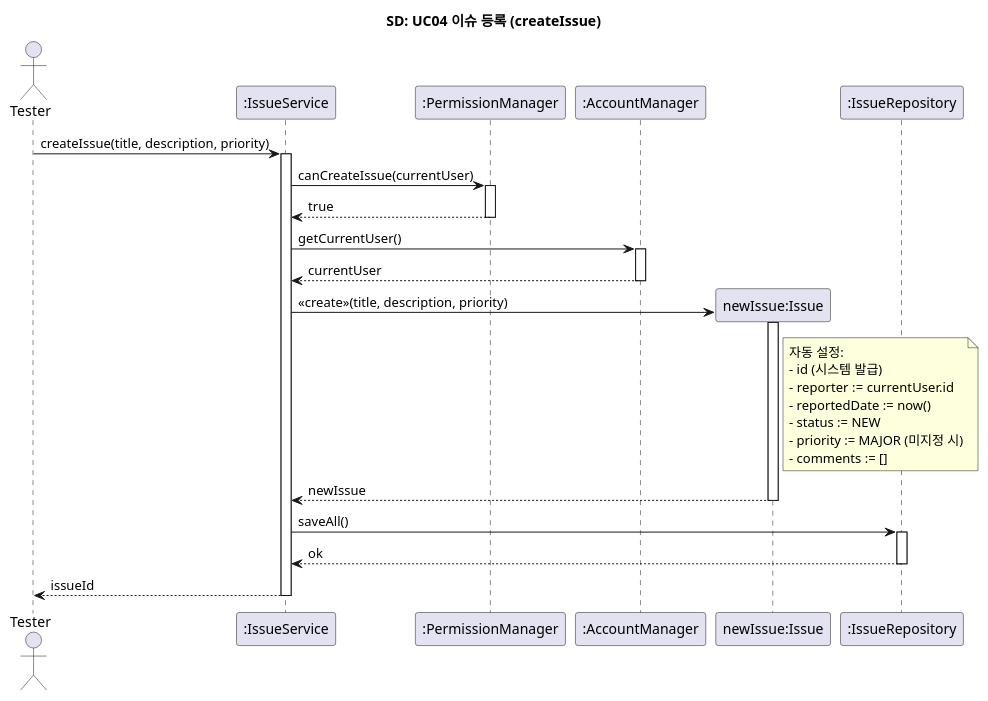
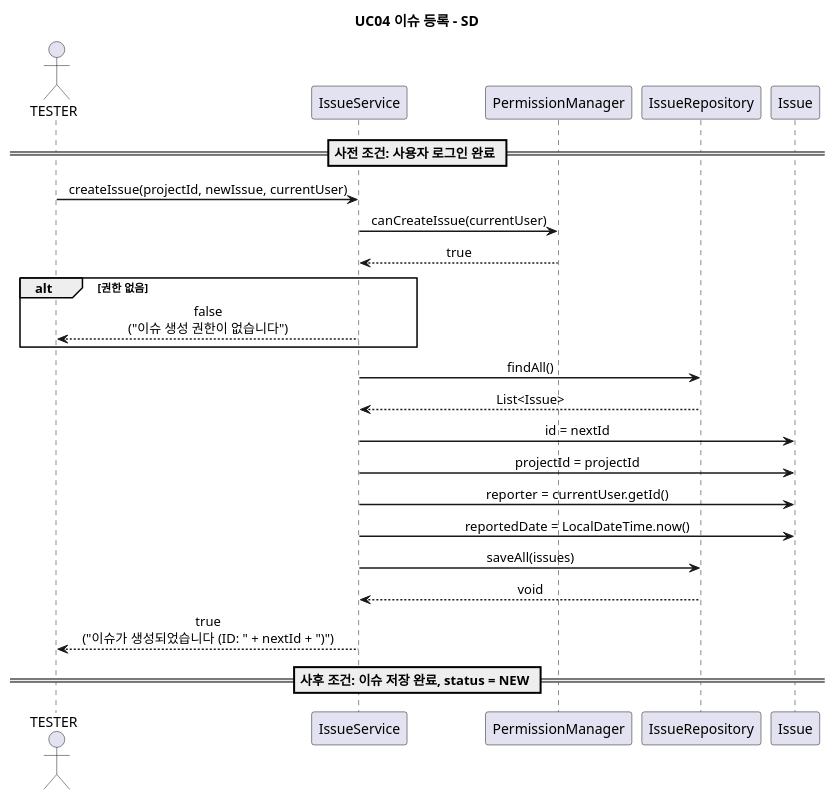
One commit to SoftwareEngineeringTeam10/SE-IssueTrackingSystem changed the diagram in docs/design/sd/sd_uc04_register_issue.puml. Above: the diagram before and after it, drawn with PlantUML. The commit also changed 19 other files, not shown here.

Commit message:
docs: 다이어그램 analysis/design 구조 정리 + 외부툴·미완성 표현 정리

```diff
--- a/docs/design/sd/sd_uc04_register_issue.puml
+++ b/docs/design/sd/sd_uc04_register_issue.puml
@@ -1,47 +1,40 @@
-@startuml SD_UC04_RegisterIssue
-title SD: UC04 이슈 등록 (createIssue)
+@startuml
+skinparam sequenceArrowThickness 1.5
+skinparam sequenceGroupBorderThickness 1
+skinparam sequenceMessageAlign center
 
-actor Tester as t
-participant ":IssueService" as svc
-participant ":PermissionManager" as perm
-participant ":AccountManager" as acc
-participant "newIssue:Issue" as iss
-participant ":IssueRepository" as repo
+actor "TESTER" as T
+participant "IssueService" as IS
+participant "PermissionManager" as PM
+participant "IssueRepository" as IR
+participant "Issue" as I
 
-t -> svc : createIssue(title, description, priority)
-activate svc
+title UC04 이슈 등록 - SD
 
-svc -> perm : canCreateIssue(currentUser)
-activate perm
-perm --> svc : true
-deactivate perm
+== 사전 조건: 사용자 로그인 완료 ==
 
-svc -> acc : getCurrentUser()
-activate acc
-acc --> svc : currentUser
-deactivate acc
+T -> IS : createIssue(projectId, newIssue, currentUser)
 
-create iss
-svc -> iss : <<create>>(title, description, priority)
-activate iss
-note right of iss
-  자동 설정:
-  - id (시스템 발급)
-  - reporter := currentUser.id
-  - reportedDate := now()
-  - status := NEW
-  - priority := MAJOR (미지정 시)
-  - comments := []
-end note
-iss --> svc : newIssue
-deactivate iss
+IS -> PM : canCreateIssue(currentUser)
+PM --> IS : true
 
-svc -> repo : saveAll()
-activate repo
-repo --> svc : ok
-deactivate repo
+alt 권한 없음
+  IS --> T : false\n("이슈 생성 권한이 없습니다")
+end
 
-svc --> t : issueId
-deactivate svc
+IS -> IR : findAll()
+IR --> IS : List<Issue>
+
+IS -> I : id = nextId
+IS -> I : projectId = projectId
+IS -> I : reporter = currentUser.getId()
+IS -> I : reportedDate = LocalDateTime.now()
+
+IS -> IR : saveAll(issues)
+IR --> IS : void
+
+IS --> T : true\n("이슈가 생성되었습니다 (ID: " + nextId + ")")
+
+== 사후 조건: 이슈 저장 완료, status = NEW ==
 
 @enduml
```
